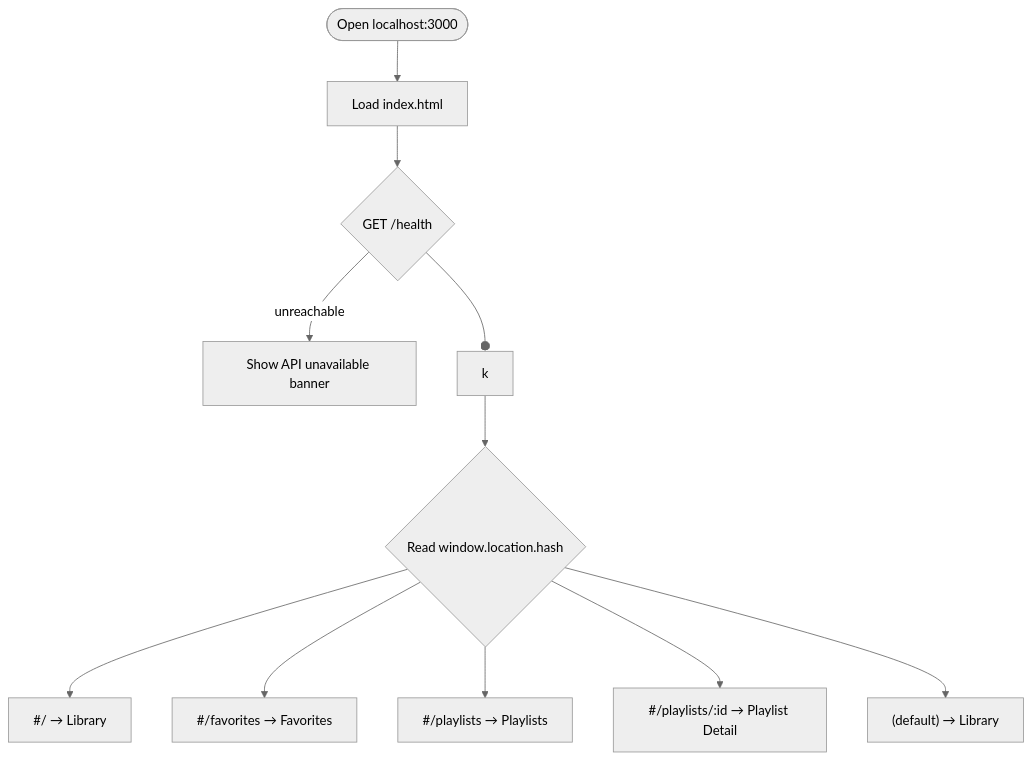
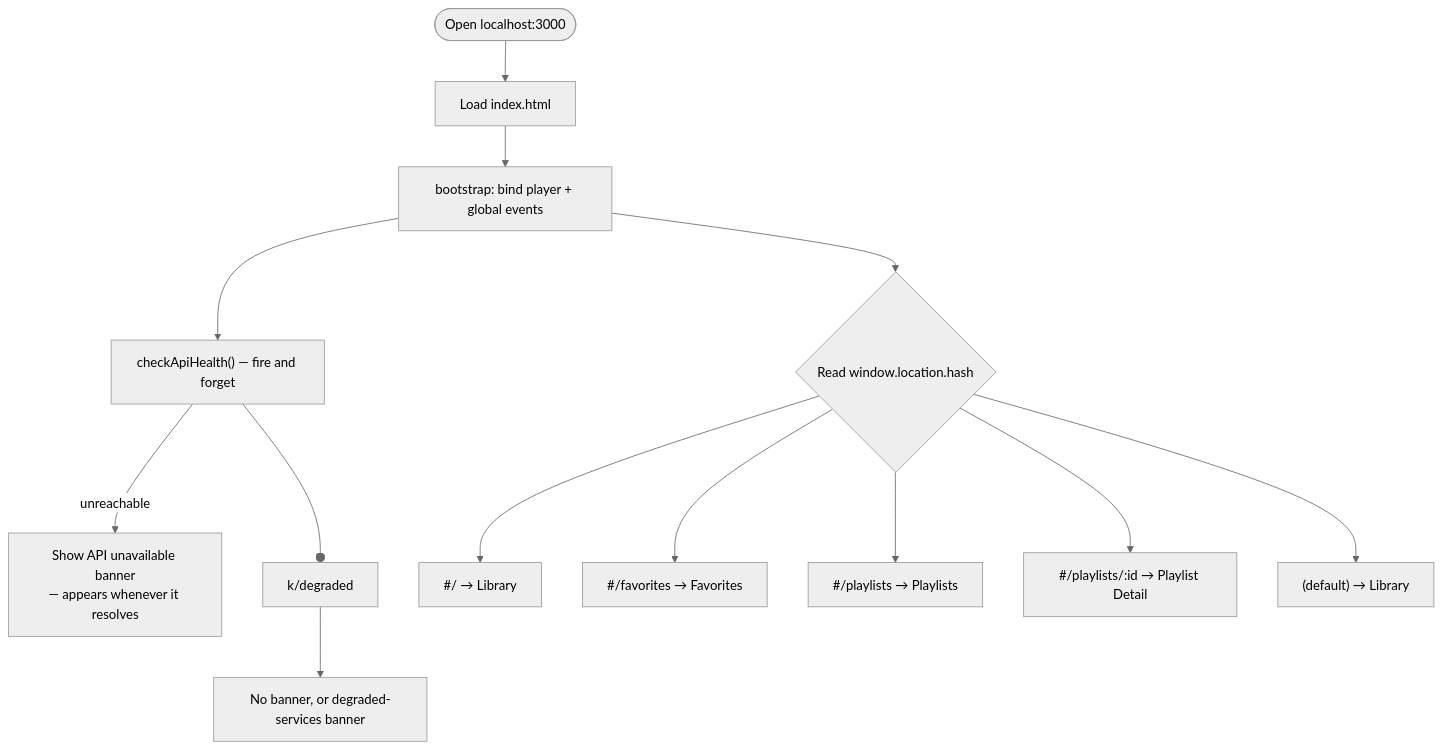
The first of 15 diagrams in docs/USER-FLOW.md (KarthikUdyawar/melo), drawn with Mermaid (neutral theme) before and after one commit. The commit also changed other lines of this file and 26 other files, not shown here.

````diff
--- a/docs/USER-FLOW.md
+++ b/docs/USER-FLOW.md
@@ -9,12 +11,14 @@
 ```mermaid
 flowchart TD
     A([Open localhost:3000]) --> B[Load index.html]
-    B --> C{GET /health}
-    C --unreachable--> D[Show API unavailable banner]
-    C --ok--> E{Read window.location.hash}
-    E --> F["#/ → Library"]
-    E --> G["#/favorites → Favorites"]
-    E --> H["#/playlists → Playlists"]
-    E --> I["#/playlists/:id → Playlist Detail"]
-    E --> J["(default) → Library"]
+    B --> C[bootstrap: bind player + global events]
+    C --> D["checkApiHealth() — fire and forget"]
+    C --> E{Read window.location.hash}
+    D --unreachable--> F[Show API unavailable banner\n— appears whenever it resolves]
+    D --ok/degraded--> G[No banner, or degraded-services banner]
+    E --> H["#/ → Library"]
+    E --> I["#/favorites → Favorites"]
+    E --> J["#/playlists → Playlists"]
+    E --> K["#/playlists/:id → Playlist Detail"]
+    E --> L["(default) → Library"]
 ```
````
